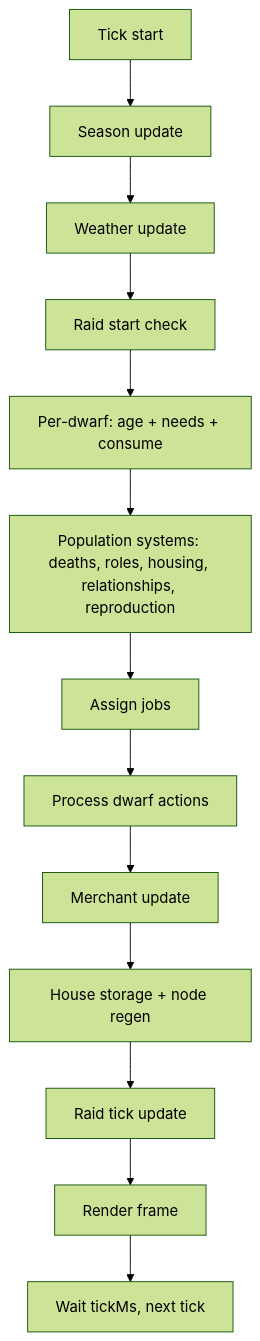
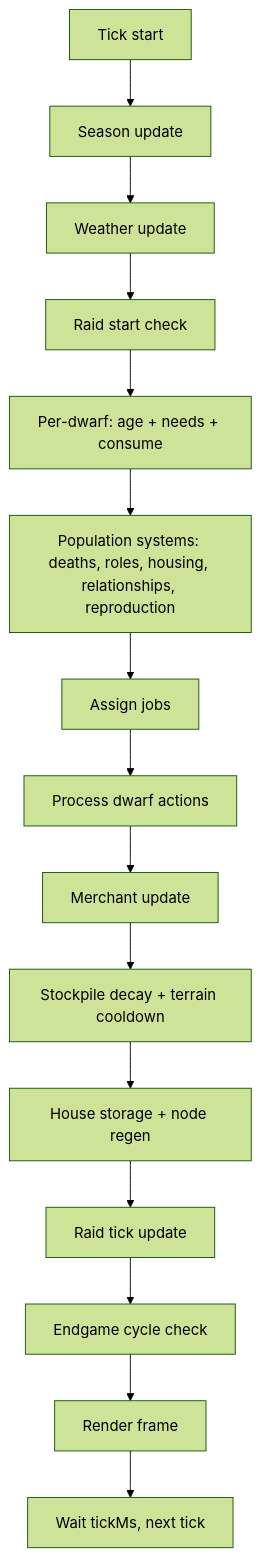
One commit to Gladiak/nodeDwarves changed the diagram in MANUAL.md. Above: the diagram before and after it, drawn with Mermaid (forest theme). The commit also changed other lines of this file and 20 other files, not shown here.

````diff
--- a/MANUAL.md
+++ b/MANUAL.md
@@ -38,15 +40,17 @@
 ```mermaid
 flowchart TD
   A[Tick start] --> B[Season update]
   B --> C[Weather update]
   C --> D[Raid start check]
   D --> E[Per-dwarf: age + needs + consume]
   E --> F[Population systems: deaths, roles, housing, relationships, reproduction]
   F --> G[Assign jobs]
   G --> H[Process dwarf actions]
   H --> I[Merchant update]
-  I --> J[House storage + node regen]
-  J --> K[Raid tick update]
-  K --> L[Render frame]
-  L --> M[Wait tickMs, next tick]
+  I --> J[Stockpile decay + terrain cooldown]
+  J --> K[House storage + node regen]
+  K --> L[Raid tick update]
+  L --> M[Endgame cycle check]
+  M --> N[Render frame]
+  N --> O[Wait tickMs, next tick]
 ```
````
